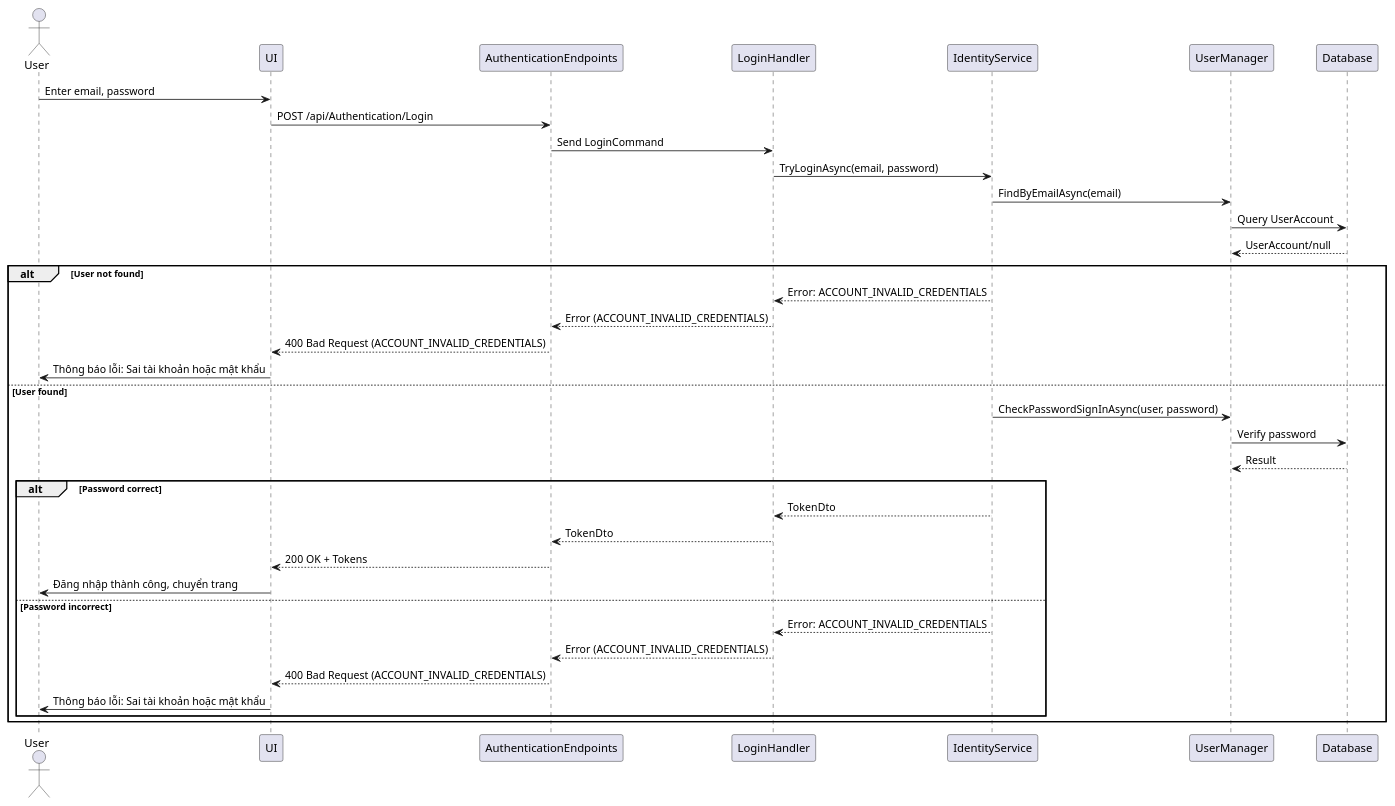
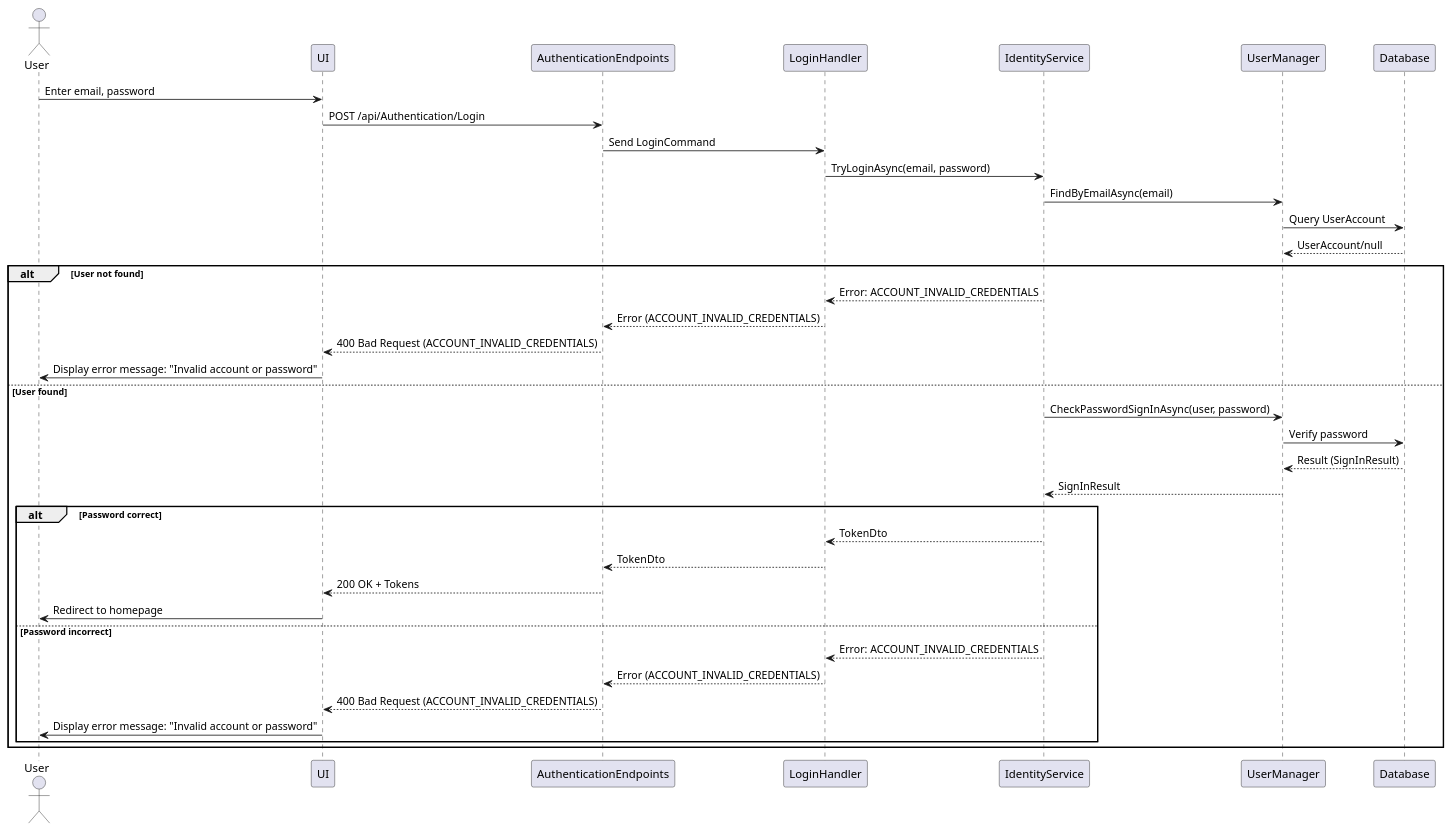
One commit to thanhkhac/SEP_Diagram changed the diagram in authentication/Sequence/02_Login.puml. Above: the diagram before and after it, drawn with PlantUML.

```diff
--- a/authentication/Sequence/02_Login.puml
+++ b/authentication/Sequence/02_Login.puml
@@ -1,38 +1,39 @@
 @startuml
 actor User
 participant UI
 participant AuthenticationEndpoints
 participant LoginHandler
 participant IdentityService
 participant UserManager
 participant Database
 
 User -> UI : Enter email, password
 UI -> AuthenticationEndpoints : POST /api/Authentication/Login
 AuthenticationEndpoints -> LoginHandler : Send LoginCommand
 LoginHandler -> IdentityService : TryLoginAsync(email, password)
 IdentityService -> UserManager : FindByEmailAsync(email)
 UserManager -> Database : Query UserAccount
 Database --> UserManager : UserAccount/null
 alt User not found
     IdentityService --> LoginHandler : Error: ACCOUNT_INVALID_CREDENTIALS
     LoginHandler --> AuthenticationEndpoints : Error (ACCOUNT_INVALID_CREDENTIALS)
     AuthenticationEndpoints --> UI : 400 Bad Request (ACCOUNT_INVALID_CREDENTIALS)
-    UI -> User : Thông báo lỗi: Sai tài khoản hoặc mật khẩu
+    UI -> User : Display error message: "Invalid account or password"
 else User found
     IdentityService -> UserManager : CheckPasswordSignInAsync(user, password)
     UserManager -> Database : Verify password
-    Database --> UserManager : Result
+    Database --> UserManager : Result (SignInResult)
+    UserManager --> IdentityService : SignInResult
     alt Password correct
         IdentityService --> LoginHandler : TokenDto
         LoginHandler --> AuthenticationEndpoints : TokenDto
         AuthenticationEndpoints --> UI : 200 OK + Tokens
-        UI -> User : Đăng nhập thành công, chuyển trang
+        UI -> User : Redirect to homepage
     else Password incorrect
         IdentityService --> LoginHandler : Error: ACCOUNT_INVALID_CREDENTIALS
         LoginHandler --> AuthenticationEndpoints : Error (ACCOUNT_INVALID_CREDENTIALS)
         AuthenticationEndpoints --> UI : 400 Bad Request (ACCOUNT_INVALID_CREDENTIALS)
-        UI -> User : Thông báo lỗi: Sai tài khoản hoặc mật khẩu
+        UI -> User :Display error message: "Invalid account or password"
     end
 end
 @enduml
```
